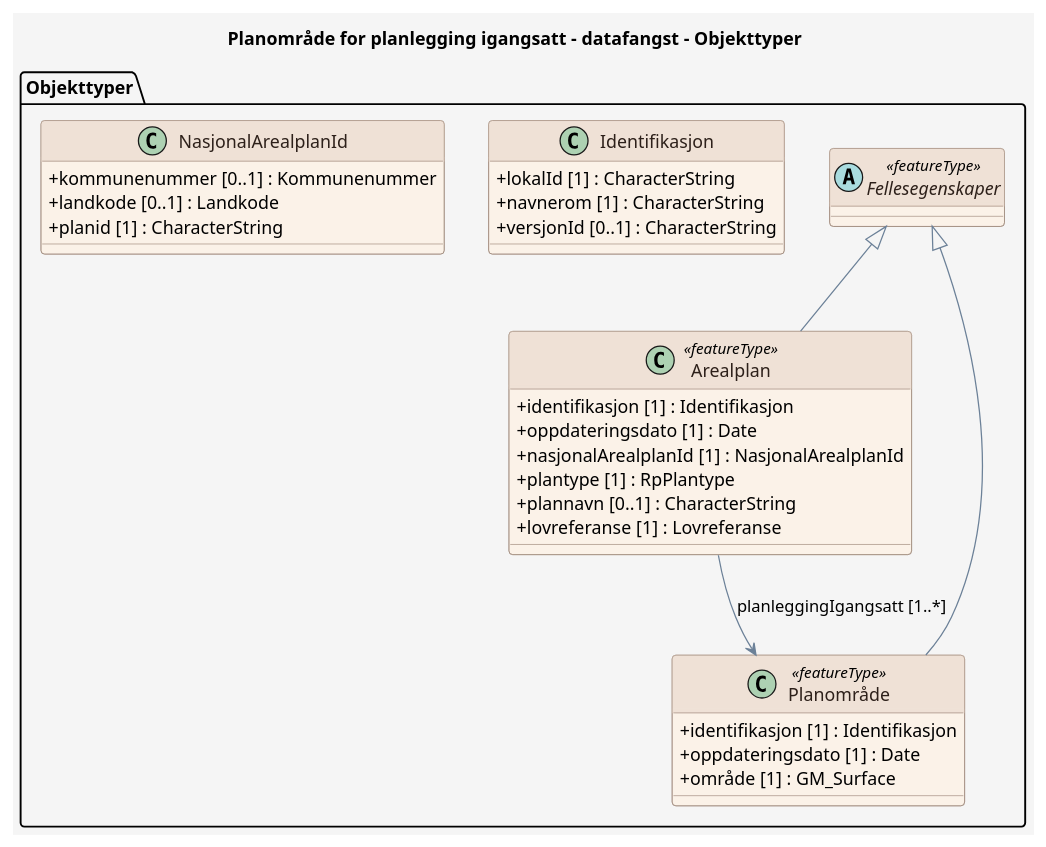
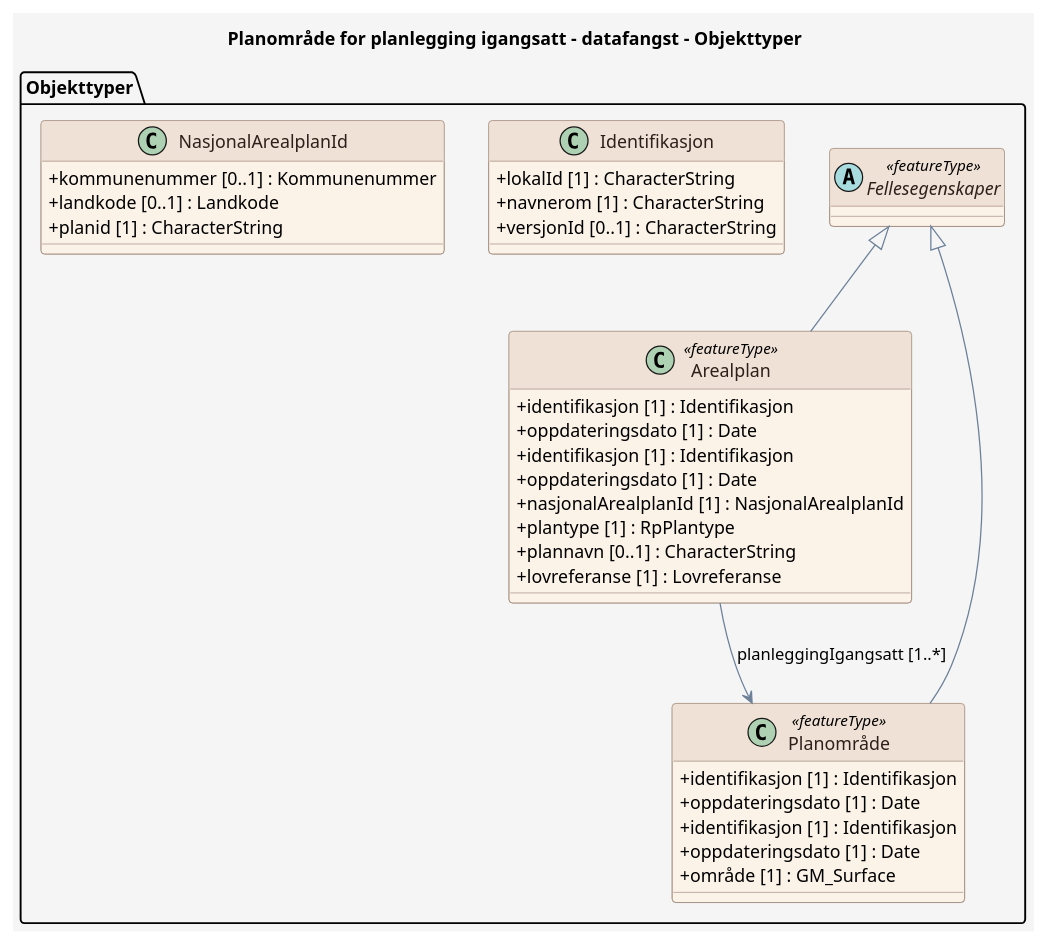
One commit to Arkitektum/produktspesifikasjon_plandata changed the diagram in produktspesifikasjon/planleggingigangsatt/datafangst/datafangst_feature_catalogue.puml. Above: the diagram before and after it, drawn with PlantUML. The commit also changed 4 other files, not shown here.

```diff
--- a/produktspesifikasjon/planleggingigangsatt/datafangst/datafangst_feature_catalogue.puml
+++ b/produktspesifikasjon/planleggingigangsatt/datafangst/datafangst_feature_catalogue.puml
@@ -1,63 +1,67 @@
 @startuml
 title Planområde for planlegging igangsatt - datafangst - Objekttyper
 
 skinparam backgroundColor #F5F5F5
 skinparam shadowing false
 skinparam RoundCorner 6
 skinparam ArrowColor #6C8198
 skinparam class {
   BackgroundColor #FBF2E8
   BorderColor #9C8578
   FontColor #2D201A
   HeaderBackgroundColor #EFE1D6
   HeaderFontColor #2D201A
   AttributeIconSize 0
 }
 skinparam note {
   BackgroundColor #FFFFFF
   BorderColor #6C8198
   FontColor #2D201A
 }
 skinparam stereotypeCBackgroundColor #EAD9CE
 skinparam stereotypeCBorderColor #9C8578
 skinparam stereotypeCFontColor #2D201A
 
 package "Objekttyper" {
 
   abstract class Fellesegenskaper <<featureType>> {
     ' Ingen attributter
   }
 
   class Arealplan <<featureType>> {
     + identifikasjon [1] : Identifikasjon
     + oppdateringsdato [1] : Date
+    + identifikasjon [1] : Identifikasjon
+    + oppdateringsdato [1] : Date
     + nasjonalArealplanId [1] : NasjonalArealplanId
     + plantype [1] : RpPlantype
     + plannavn [0..1] : CharacterString
     + lovreferanse [1] : Lovreferanse
   }
 
   class "Planområde" as Planomr_de <<featureType>> {
+    + identifikasjon [1] : Identifikasjon
+    + oppdateringsdato [1] : Date
     + identifikasjon [1] : Identifikasjon
     + oppdateringsdato [1] : Date
     + område [1] : GM_Surface
   }
 
   class Identifikasjon {
     + lokalId [1] : CharacterString
     + navnerom [1] : CharacterString
     + versjonId [0..1] : CharacterString
   }
 
   class NasjonalArealplanId {
     + kommunenummer [0..1] : Kommunenummer
     + landkode [0..1] : Landkode
     + planid [1] : CharacterString
   }
 }
 
   Fellesegenskaper <|-- Arealplan
   Arealplan --> Planomr_de : planleggingIgangsatt [1..*]
   Fellesegenskaper <|-- Planomr_de
 
 @enduml
```
